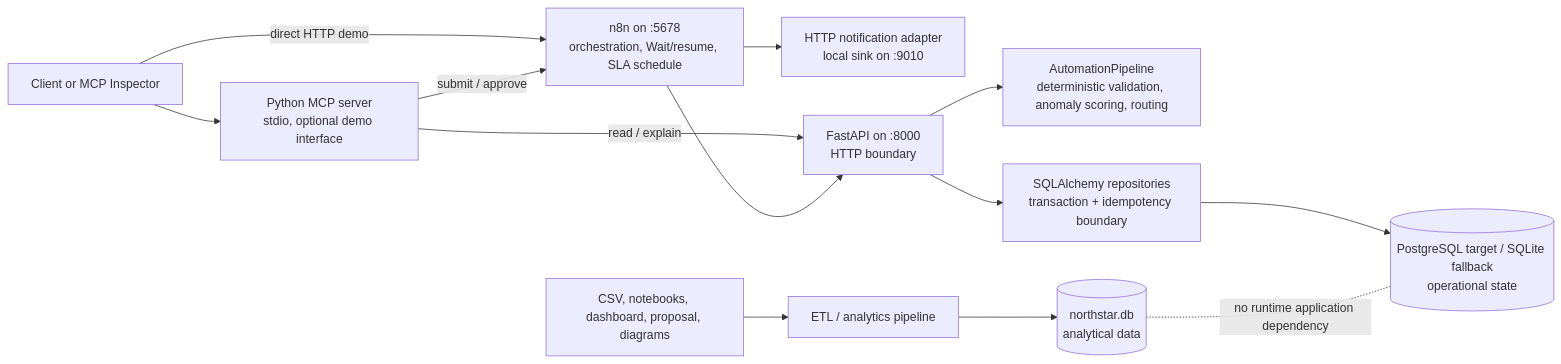
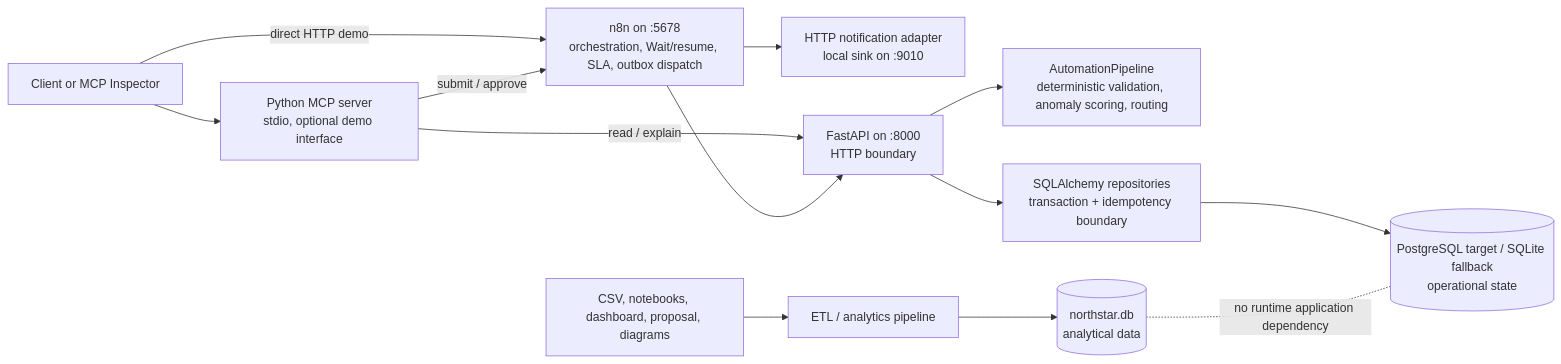
The diagram in docs/architecture/CURRENT_STATE.md (tusharg007/northstar-workload-optimizer), drawn with Mermaid before and after one commit. The commit also changed other lines of this file and 32 other files, not shown here.

````diff
--- a/docs/architecture/CURRENT_STATE.md
+++ b/docs/architecture/CURRENT_STATE.md
@@ -11,27 +11,27 @@
 ```mermaid
 flowchart LR
     Client["Client or MCP Inspector"]
     MCP["Python MCP server\nstdio, optional demo interface"]
-    N8N["n8n on :5678\norchestration, Wait/resume, SLA schedule"]
+    N8N["n8n on :5678\norchestration, Wait/resume, SLA, outbox dispatch"]
     Notify["HTTP notification adapter\nlocal sink on :9010"]
     API["FastAPI on :8000\nHTTP boundary"]
     Domain["AutomationPipeline\ndeterministic validation, anomaly scoring, routing"]
     Repository["SQLAlchemy repositories\ntransaction + idempotency boundary"]
     Runtime[("PostgreSQL target / SQLite fallback\noperational state")]
     ETL["ETL / analytics pipeline"]
     Analytics[("northstar.db\nanalytical data")]
     Assets["CSV, notebooks, dashboard, proposal, diagrams"]
 
     Client -->|direct HTTP demo| N8N
     Client --> MCP
     MCP -->|submit / approve| N8N
     MCP -->|read / explain| API
     N8N --> API
     N8N --> Notify
     API --> Domain
     API --> Repository
     Repository --> Runtime
     ETL --> Analytics
     Assets --> ETL
     Analytics -. no runtime application dependency .- Runtime
 ```
````
